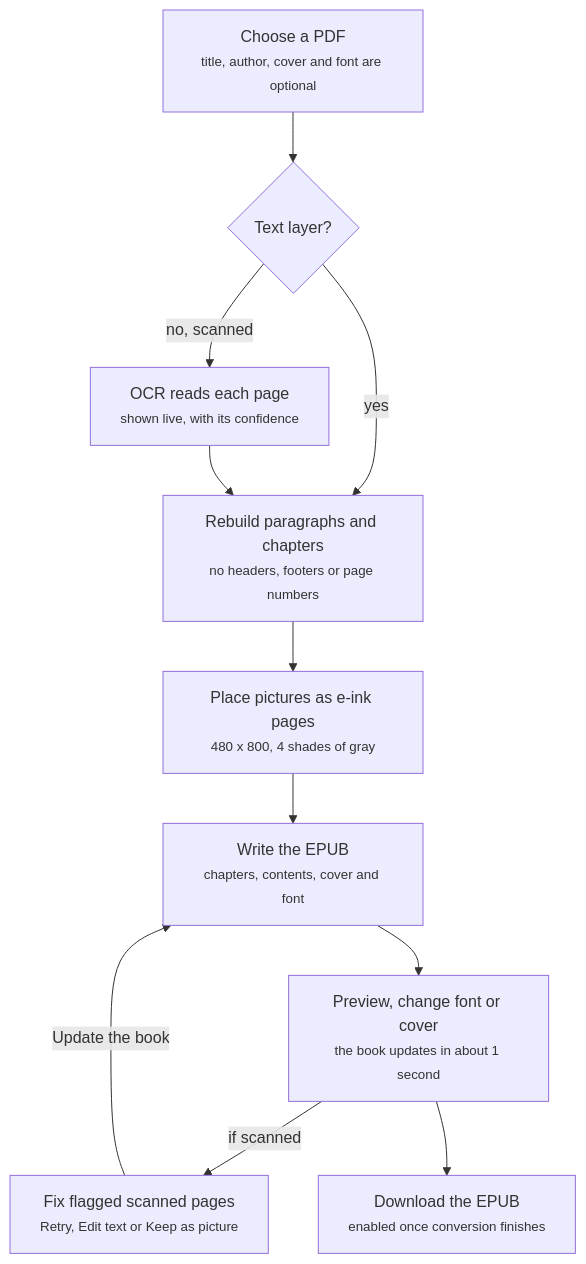
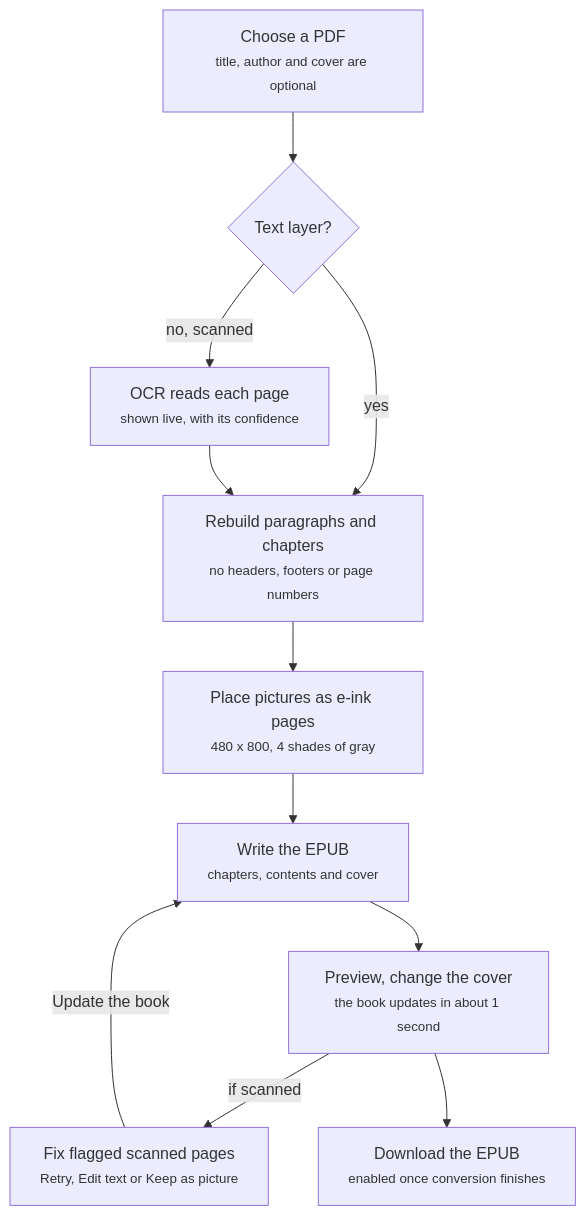
One commit to achmadm23/convertPdf changed the first of 2 diagrams in brd.md. Above: the diagram before and after it, drawn with Mermaid. The commit also changed other lines of this file and 8 other files, not shown here.

````diff
--- a/brd.md
+++ b/brd.md
@@ -77,13 +77,13 @@
 ```mermaid
 flowchart TD
-    choose["Choose a PDF<br/><small>title, author, cover and font are optional</small>"] --> layer{"Text layer?"}
+    choose["Choose a PDF<br/><small>title, author and cover are optional</small>"] --> layer{"Text layer?"}
     layer -- yes --> rebuild["Rebuild paragraphs and chapters<br/><small>no headers, footers or page numbers</small>"]
     layer -- "no, scanned" --> ocr["OCR reads each page<br/><small>shown live, with its confidence</small>"]
     ocr --> rebuild
     rebuild --> pictures["Place pictures as e-ink pages<br/><small>480 x 800, 4 shades of gray</small>"]
-    pictures --> write["Write the EPUB<br/><small>chapters, contents, cover and font</small>"]
-    write --> preview["Preview, change font or cover<br/><small>the book updates in about 1 second</small>"]
+    pictures --> write["Write the EPUB<br/><small>chapters, contents and cover</small>"]
+    write --> preview["Preview, change the cover<br/><small>the book updates in about 1 second</small>"]
     preview -- "if scanned" --> fix["Fix flagged scanned pages<br/><small>Retry, Edit text or Keep as picture</small>"]
     fix -- "Update the book" --> write
     preview --> download["Download the EPUB<br/><small>enabled once conversion finishes</small>"]
 ```
````
